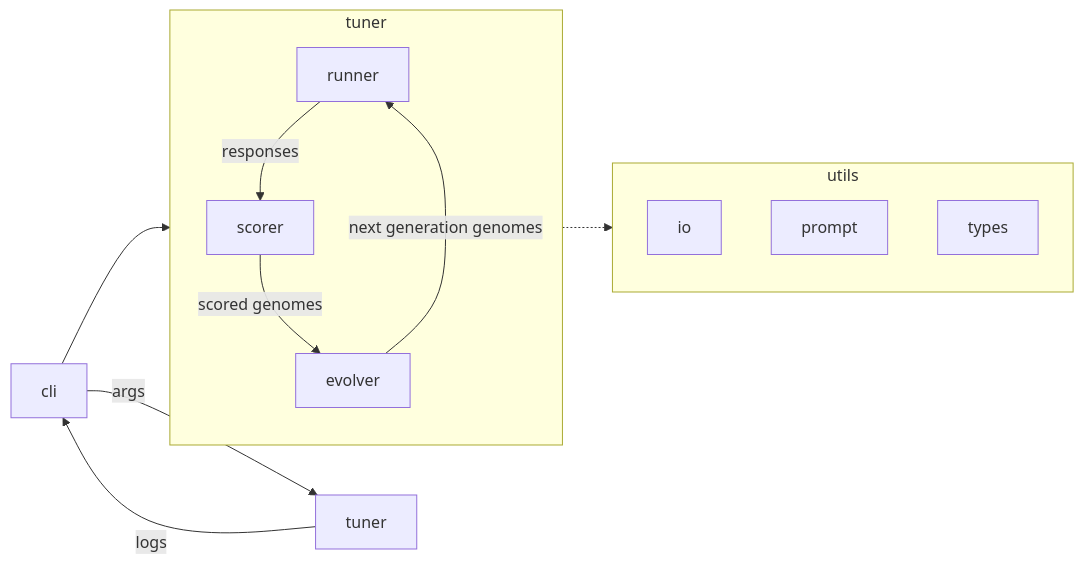
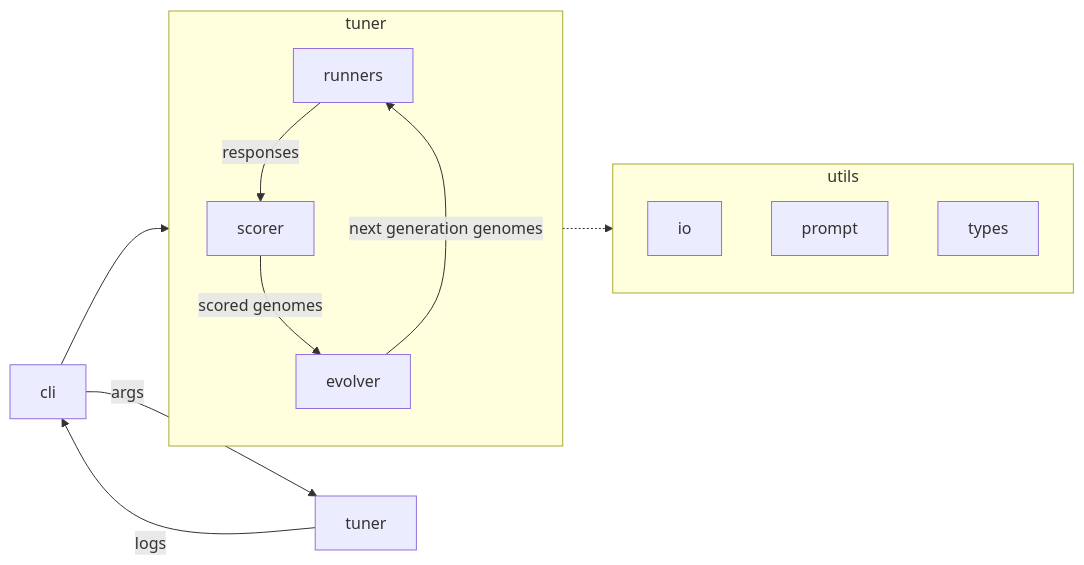
The diagram in README.md (KaylaMLe/geneline), drawn with Mermaid before and after one commit. The commit also changed other lines of this file and 13 other files, not shown here.

Commit message:
separated openrouter and mock architecture

````diff
--- a/README.md
+++ b/README.md
@@ -7,20 +7,20 @@
 ```mermaid
 flowchart LR
   cli[cli] -->|args| tuner[tuner]
   tuner -->|logs| cli
   subgraph utils [utils]
     io[io]
     prompt[prompt]
     types[types]
   end
   subgraph tunerBox [tuner]
-    runner[runner]
+    runner[runners]
     scorer[scorer]
     evolver[evolver]
     runner -->|responses| scorer
     scorer -->|scored genomes| evolver
     evolver -->|next generation genomes| runner
   end
   cli --> tunerBox
   tunerBox -.-> utils
 ```
````
